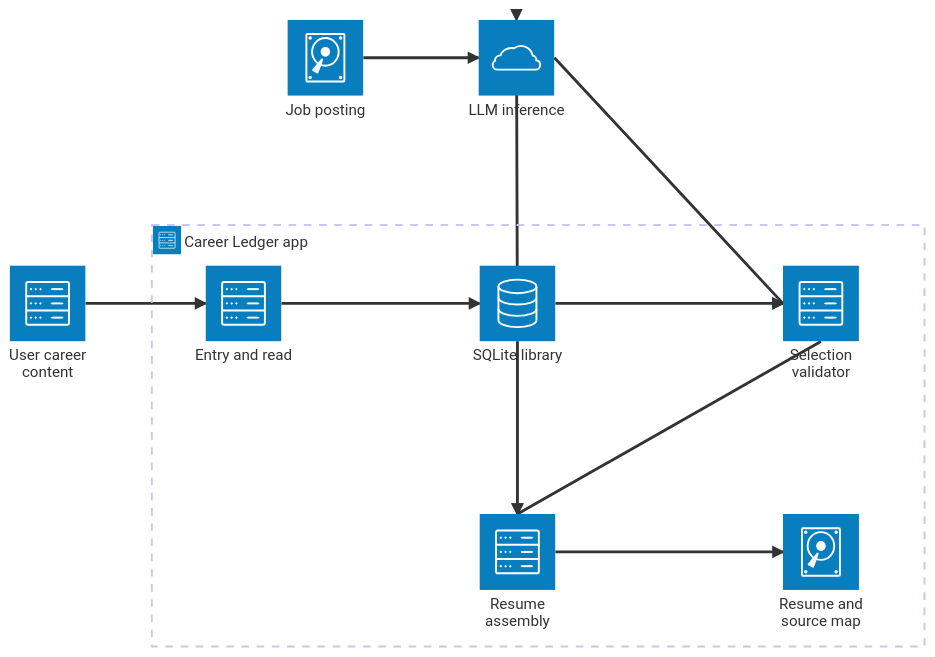
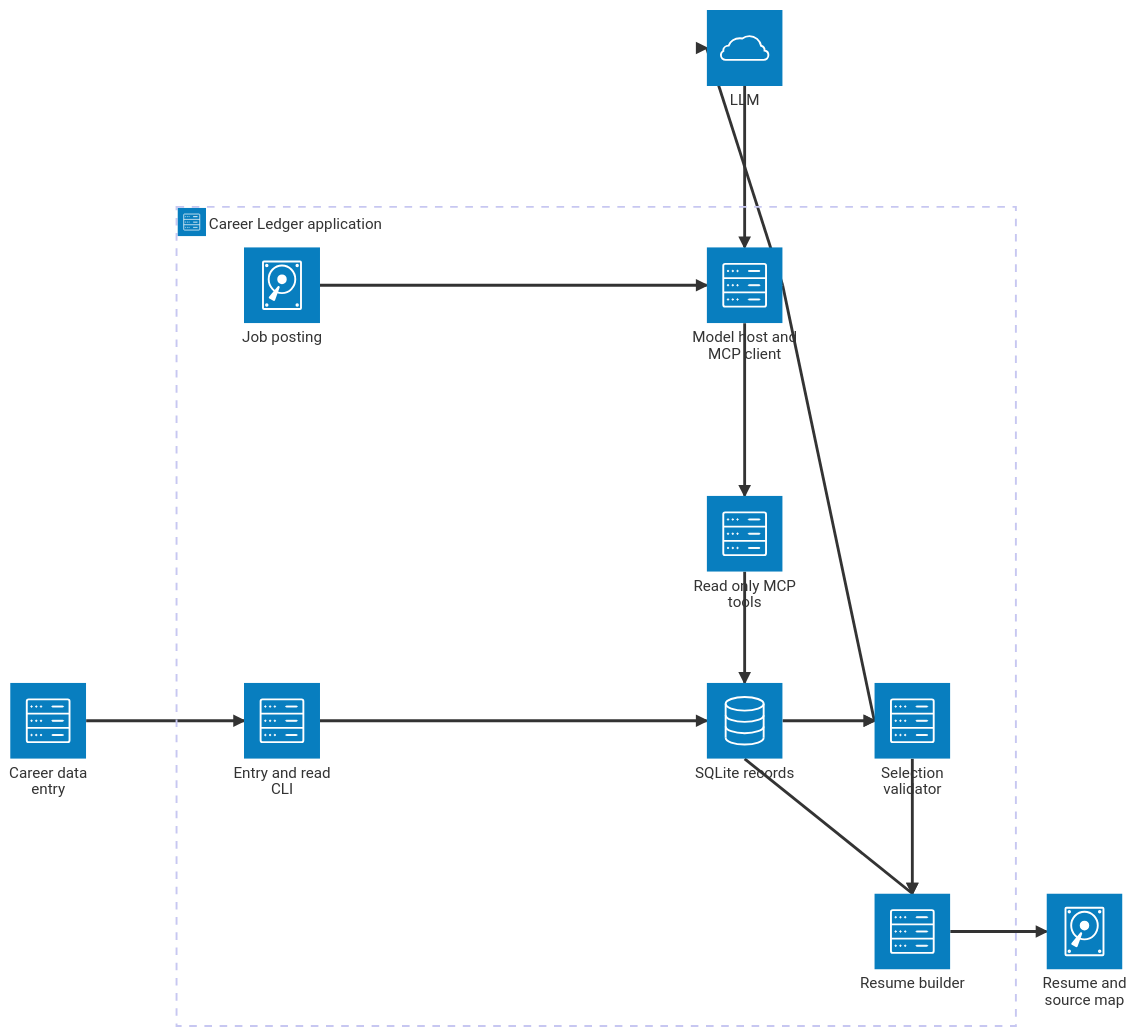
The first of 3 diagrams in harness/diagrams.md (duck-lint/career_ledger), drawn with Mermaid before and after one commit. The commit also changed other lines of this file, not shown here.

Commit message:
docs: show MCP tool loop and app-owned validation in diagrams

````diff
--- a/harness/diagrams.md
+++ b/harness/diagrams.md
@@ -7,22 +7,27 @@
 ```mermaid
 architecture-beta
-    group app(server)[Career Ledger app]
-    service author(server)[User career content]
-    service posting(disk)[Job posting]
-    service entry(server)[Entry and read] in app
-    service db(database)[SQLite library] in app
-    service model(cloud)[LLM inference]
+    group app(server)[Career Ledger application]
+    service author(server)[Career data entry]
+    service job(disk)[Job posting]
+    service entry(server)[Entry and read CLI] in app
+    service db(database)[SQLite records] in app
+    service host(server)[Model host and MCP client] in app
+    service mcp(server)[Read only MCP tools] in app
+    service model(cloud)[LLM]
     service gate(server)[Selection validator] in app
-    service assembly(server)[Resume assembly] in app
+    service assembly(server)[Resume builder] in app
     service artifact(disk)[Resume and source map]
 
     author:R --> L:entry
     entry:R --> L:db
-    posting:R --> L:model
-    db:B --> T:model
-    model:R --> L:gate
+    job:R --> L:host
+    host:R --> L:model
+    model:B --> T:host
+    host:B --> T:mcp
+    mcp:B --> T:db
+    host:R --> L:gate
     db:R --> L:gate
     gate:B --> T:assembly
     db:B --> T:assembly
     assembly:R --> L:artifact
 ```
````
